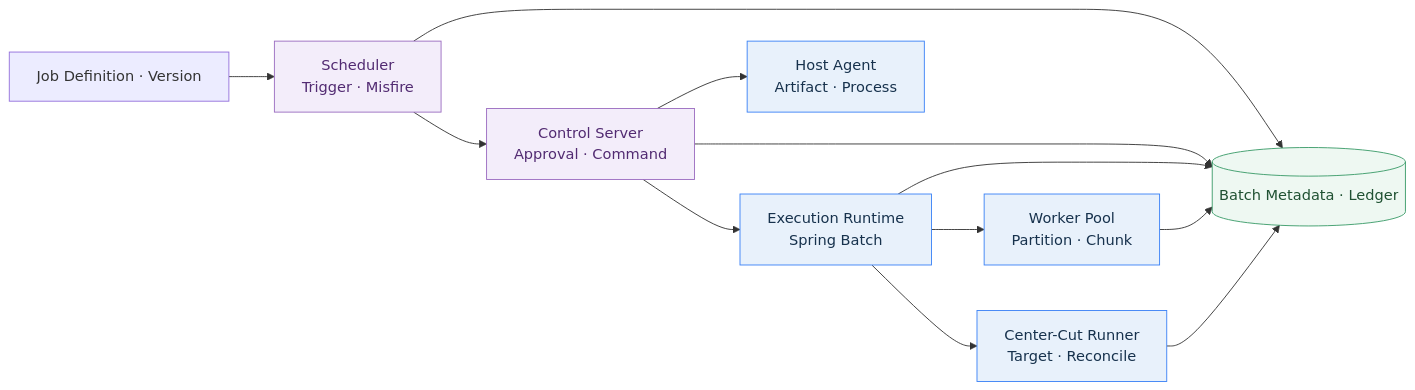
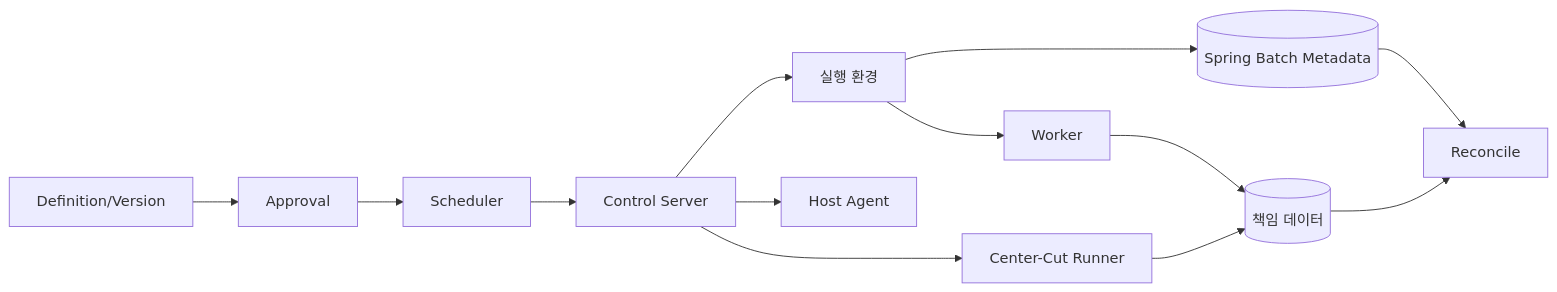
One commit to freeangelsun/202412_01_CPF changed the second of 2 diagrams in cpf-docs/deliverables/아키텍처설계서.md. Above: the diagram before and after it, drawn with Mermaid. The commit also changed other lines of this file and 58 other files, not shown here.

````diff
--- a/cpf-docs/deliverables/아키텍처설계서.md
+++ b/cpf-docs/deliverables/아키텍처설계서.md
@@ -399,28 +531,22 @@
 ```mermaid
 flowchart LR
-    DEF[Job Definition · Version]
-    SCHED[Scheduler<br/>Trigger · Misfire]
-    CTRL[Control Server<br/>Approval · Command]
-    EXEC[Execution Runtime<br/>Spring Batch]
-    WORK[Worker Pool<br/>Partition · Chunk]
-    CUT[Center-Cut Runner<br/>Target · Reconcile]
-    AGENT[Host Agent<br/>Artifact · Process]
-    META[(Batch Metadata · Ledger)]
+    DEF[Definition/Version]
+    APR[Approval]
+    SCH[Scheduler]
+    CTL[Control Server]
+    EXE[실행 환경]
+    WRK[Worker]
+    CCR[Center-Cut Runner]
+    AGT[Host Agent]
+    META[(Spring Batch Metadata)]
+    OWN[(책임 데이터)]
+    REC[Reconcile]
 
-    DEF --> SCHED --> CTRL --> EXEC
-    EXEC --> WORK
-    EXEC --> CUT
-    CTRL --> AGENT
-    SCHED --> META
-    CTRL --> META
-    EXEC --> META
-    WORK --> META
-    CUT --> META
-
-    classDef control fill:#F3EDFA,color:#522B72,stroke:#9B6CC0;
-    classDef runtime fill:#E8F1FB,color:#17324D,stroke:#3B82F6;
-    classDef data fill:#EEF8F2,color:#1F5132,stroke:#3A9B68;
-    class SCHED,CTRL control;
-    class EXEC,WORK,CUT,AGENT runtime;
-    class META data;
+    DEF --> APR --> SCH --> CTL --> EXE
+    EXE --> META
+    EXE --> WRK --> OWN
+    CTL --> CCR --> OWN
+    CTL --> AGT
+    META --> REC
+    OWN --> REC
 ```
````
